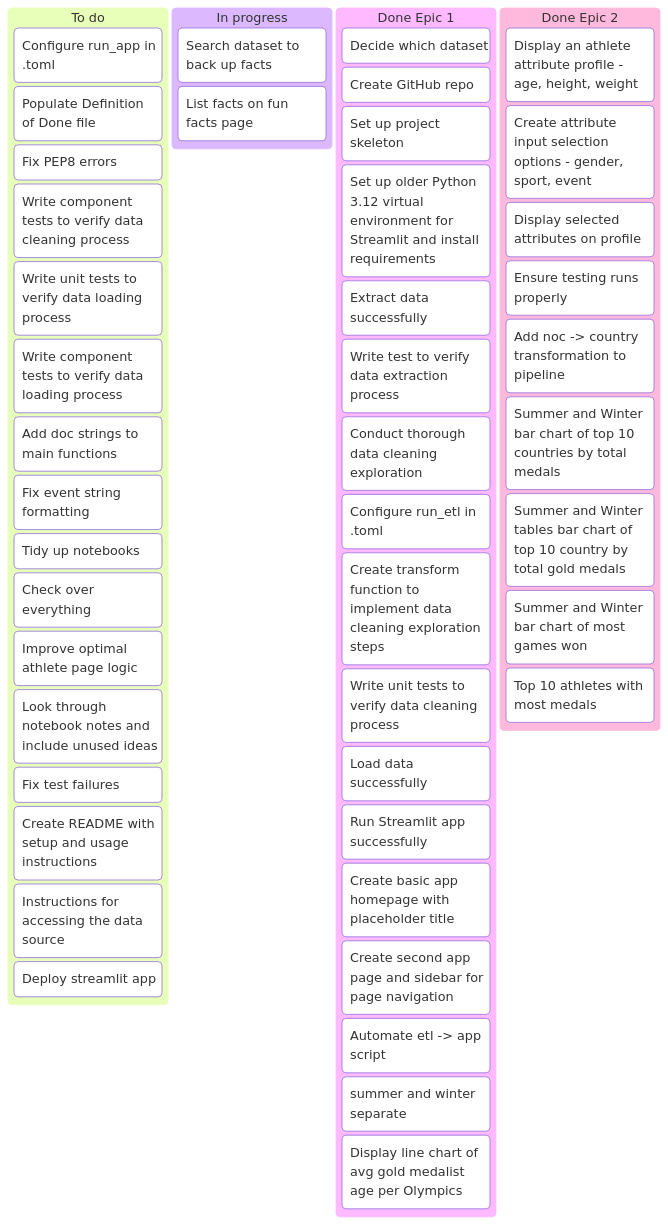
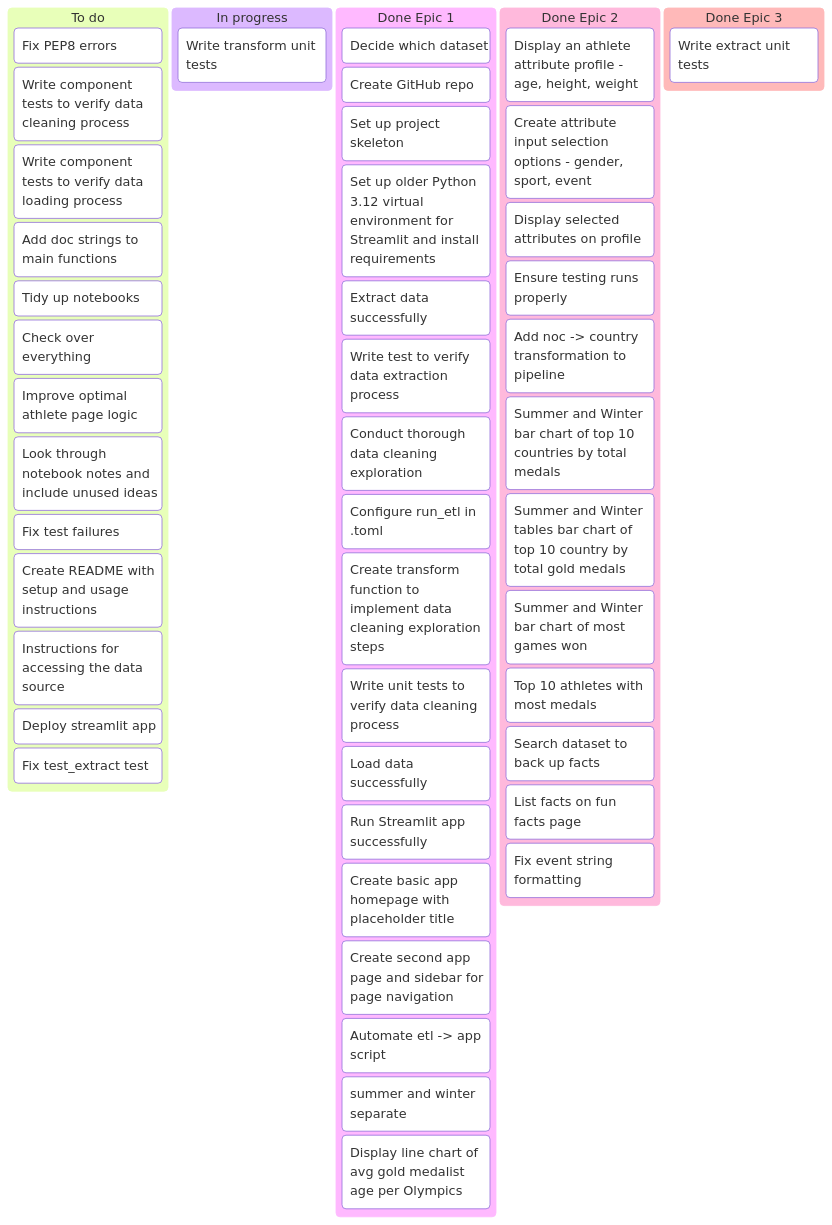
The first of 2 diagrams in docs/kanban.md (RonanD10/capstone-project), drawn with Mermaid before and after one commit. The commit also changed other lines of this file and 19 other files, not shown here.

````diff
--- a/docs/kanban.md
+++ b/docs/kanban.md
@@ -3,55 +3,58 @@
 ```mermaid
 kanban
     To do
-        Configure run_app in .toml
-        Populate Definition of Done file
         Fix PEP8 errors
-        Write component tests to verify data cleaning process 
-        Write unit tests to verify data loading process 
+        Write component tests to verify data cleaning process  
         Write component tests to verify data loading process 
         Add doc strings to main functions
-        Fix event string formatting
         Tidy up notebooks
         Check over everything       
         Improve optimal athlete page logic 
         Look through notebook notes and include unused ideas
         Fix test failures 
         Create README with setup and usage instructions
         Instructions for accessing the data source
         Deploy streamlit app 
+        Fix test_extract test
 
     In progress
-        Search dataset to back up facts
-        List facts on fun facts page
+        Write transform unit tests
+
 
     Done Epic 1
         Decide which dataset
         Create GitHub repo 
         Set up project skeleton
         Set up older Python 3.12 virtual environment for Streamlit and install requirements
         Extract data successfully
         Write test to verify data extraction process
         Conduct thorough data cleaning exploration
         Configure run_etl in .toml
         Create transform function to implement data cleaning exploration steps
         Write unit tests to verify data cleaning process 
         Load data successfully
         Run Streamlit app successfully
         Create basic app homepage with placeholder title
         Create second app page and sidebar for page navigation
         Automate etl -> app script
         Display ordered bar chart of avg age per event (summer and winter separate)
         Display line chart of avg gold medalist age per Olympics
 
     Done Epic 2 
         Display an athlete attribute profile - age, height, weight
         Create attribute input selection options - gender, sport, event
         Display selected attributes on profile 
         Ensure testing runs properly
         Add noc -> country transformation to pipeline 
         Summer and Winter bar chart of top 10 countries by total medals
         Summer and Winter tables bar chart of top 10 country by total gold medals
         Summer and Winter bar chart of most games won
         Top 10 athletes with most medals
-        
+        Search dataset to back up facts
+        List facts on fun facts page
+        Fix event string formatting
+    
+    Done Epic 3
+        Write extract unit tests 
+
 ```
````
